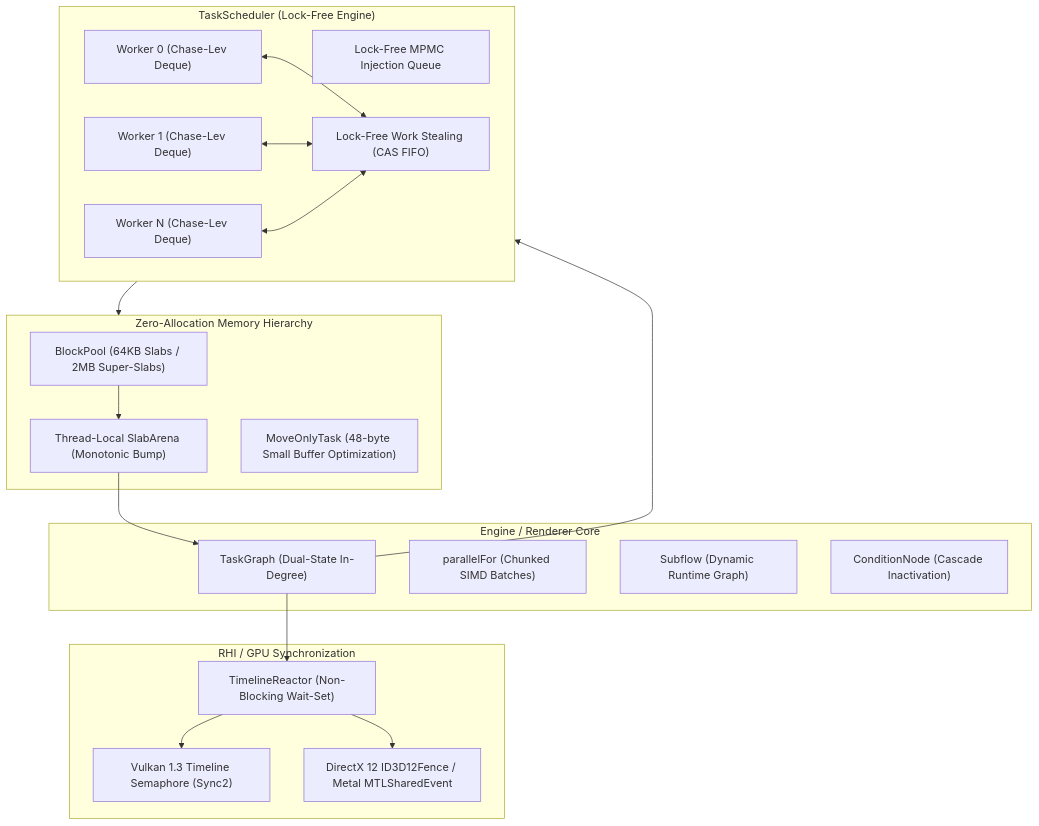
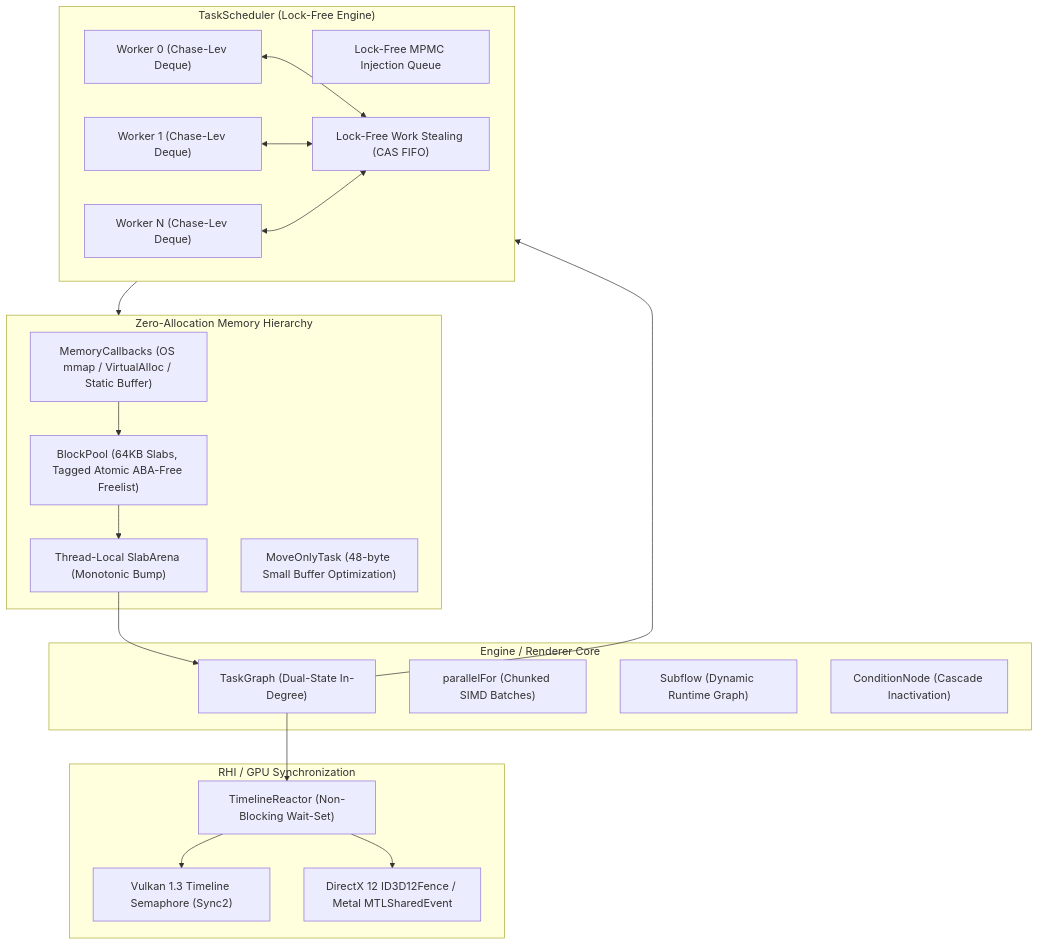
The diagram in README.md (gxxtrp/LightFlow), drawn with Mermaid before and after one commit. The commit also changed other lines of this file and 2 other files, not shown here.

Commit message:
docs(memory): add memory architecture documentation and engine recipes (Issue 04)

````diff
--- a/README.md
+++ b/README.md
@@ -34,40 +36,42 @@
 ```mermaid
 flowchart TB
     subgraph Client["Engine / Renderer Core"]
         TG["TaskGraph (Dual-State In-Degree)"]
         PF["parallelFor (Chunked SIMD Batches)"]
         SF["Subflow (Dynamic Runtime Graph)"]
         CND["ConditionNode (Cascade Inactivation)"]
     end
 
     subgraph Memory["Zero-Allocation Memory Hierarchy"]
-        BP["BlockPool (64KB Slabs / 2MB Super-Slabs)"]
+        MC["MemoryCallbacks (OS mmap / VirtualAlloc / Static Buffer)"]
+        BP["BlockPool (64KB Slabs, Tagged Atomic ABA-Free Freelist)"]
         SA["Thread-Local SlabArena (Monotonic Bump)"]
         SBO["MoveOnlyTask (48-byte Small Buffer Optimization)"]
+        MC --> BP
         BP --> SA
         SA --> TG
     end
 
     subgraph Scheduler["TaskScheduler (Lock-Free Engine)"]
         MPMC["Lock-Free MPMC Injection Queue"]
         W0["Worker 0 (Chase-Lev Deque)"]
         W1["Worker 1 (Chase-Lev Deque)"]
         WN["Worker N (Chase-Lev Deque)"]
         STEAL["Lock-Free Work Stealing (CAS FIFO)"]
         W0 <--> STEAL
         W1 <--> STEAL
         WN <--> STEAL
     end
 
     subgraph Hardware["RHI / GPU Synchronization"]
         TR["TimelineReactor (Non-Blocking Wait-Set)"]
         VK["Vulkan 1.3 Timeline Semaphore (Sync2)"]
         D3D["DirectX 12 ID3D12Fence / Metal MTLSharedEvent"]
         TR --> VK
         TR --> D3D
     end
 
     TG --> Scheduler
     TG --> TR
     Scheduler --> Memory
 ```
````
